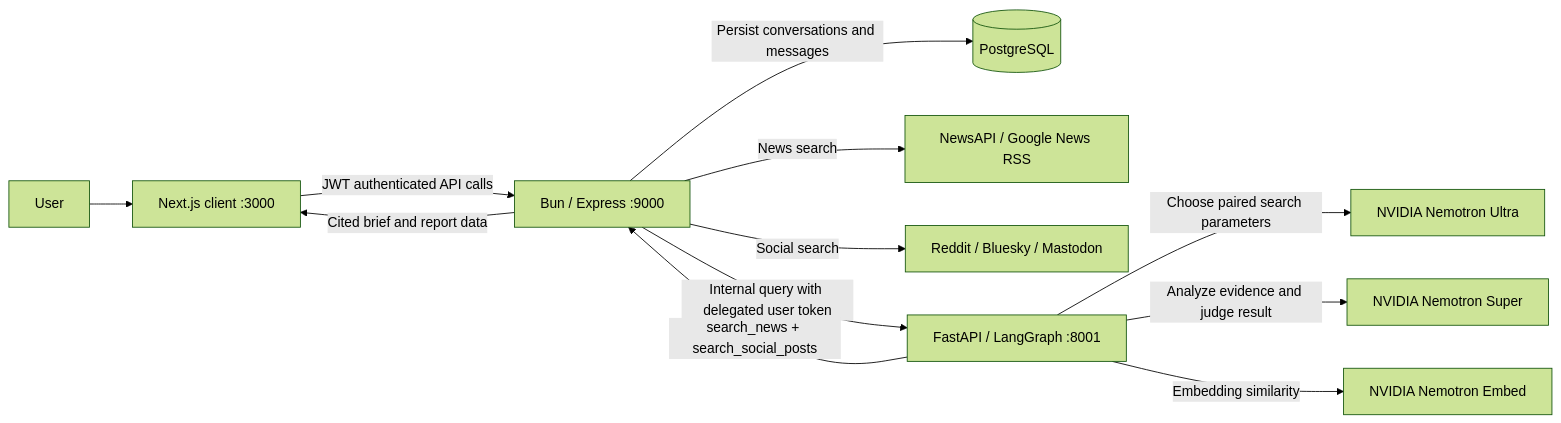
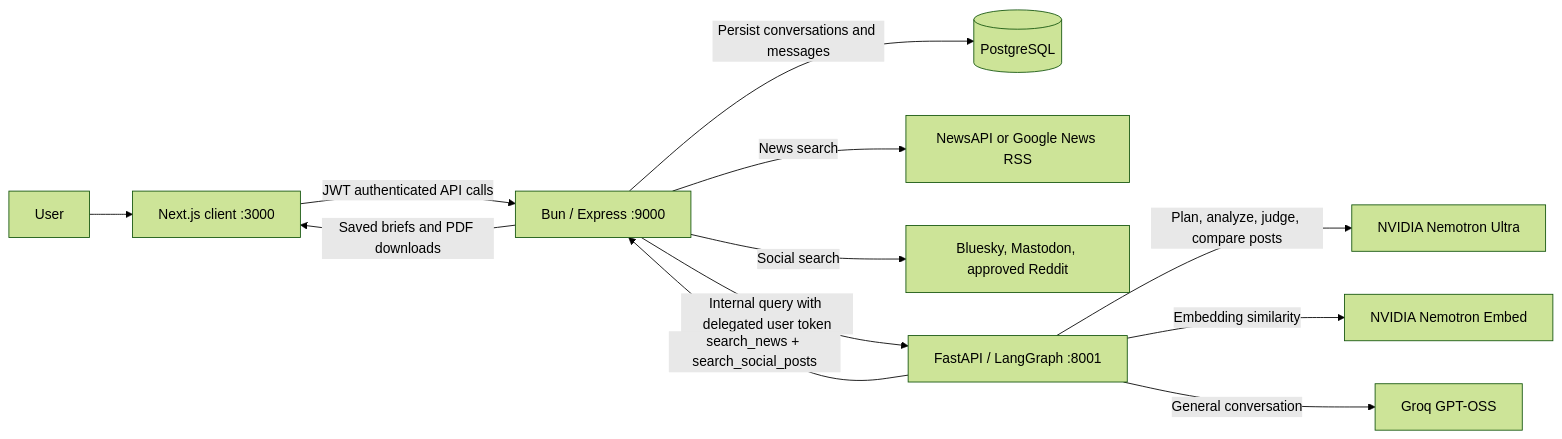
Before and after one commit to SuhasKanwar/NarrativeX: the diagram in README.md, drawn with Mermaid (forest theme). The commit also changed other lines of this file, not shown here.

````diff
--- a/README.md
+++ b/README.md
@@ -51,14 +56,14 @@
 ```mermaid
 flowchart LR
     U[User] --> C[Next.js client :3000]
     C -->|JWT authenticated API calls| S[Bun / Express :9000]
     S -->|Persist conversations and messages| DB[(PostgreSQL)]
-    S -->|News search| N[NewsAPI / Google News RSS]
-    S -->|Social search| P[Reddit / Bluesky / Mastodon]
+    S -->|News search| N["NewsAPI or Google News RSS"]
+    S -->|Social search| P["Bluesky, Mastodon, approved Reddit"]
     S -->|Internal query with delegated user token| A[FastAPI / LangGraph :8001]
-    A -->|Choose paired search parameters| M1[NVIDIA Nemotron Ultra]
+    A -->|Plan, analyze, judge, compare posts| M1[NVIDIA Nemotron Ultra]
     A -->|search_news + search_social_posts| S
-    A -->|Analyze evidence and judge result| M2[NVIDIA Nemotron Super]
     A -->|Embedding similarity| E[NVIDIA Nemotron Embed]
-    S -->|Cited brief and report data| C
+    A -->|General conversation| G[Groq GPT-OSS]
+    S -->|Saved briefs and PDF downloads| C
 ```
````
